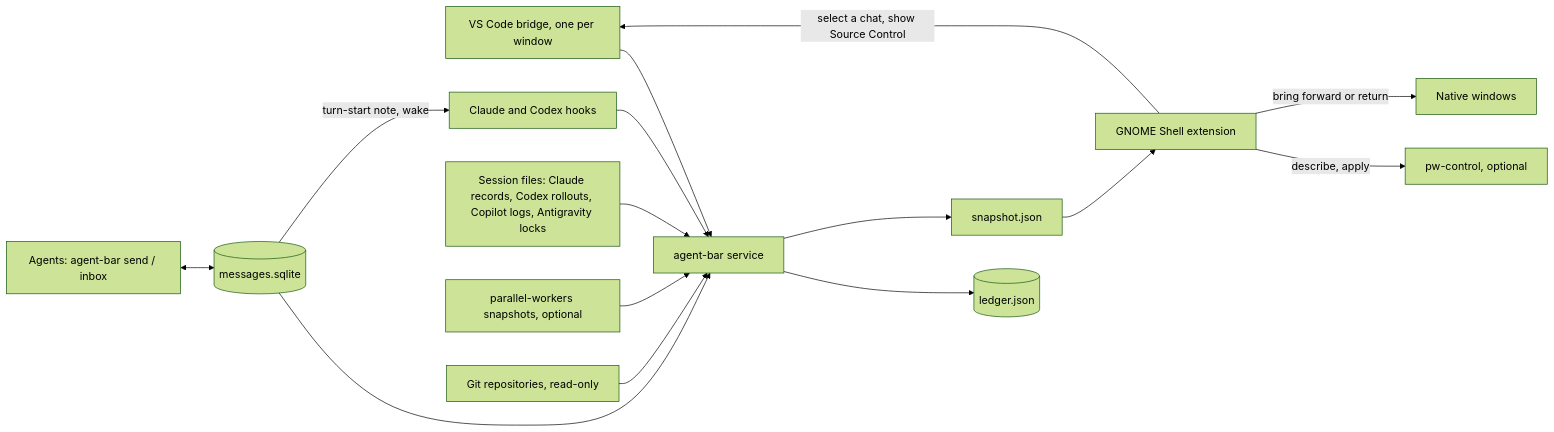
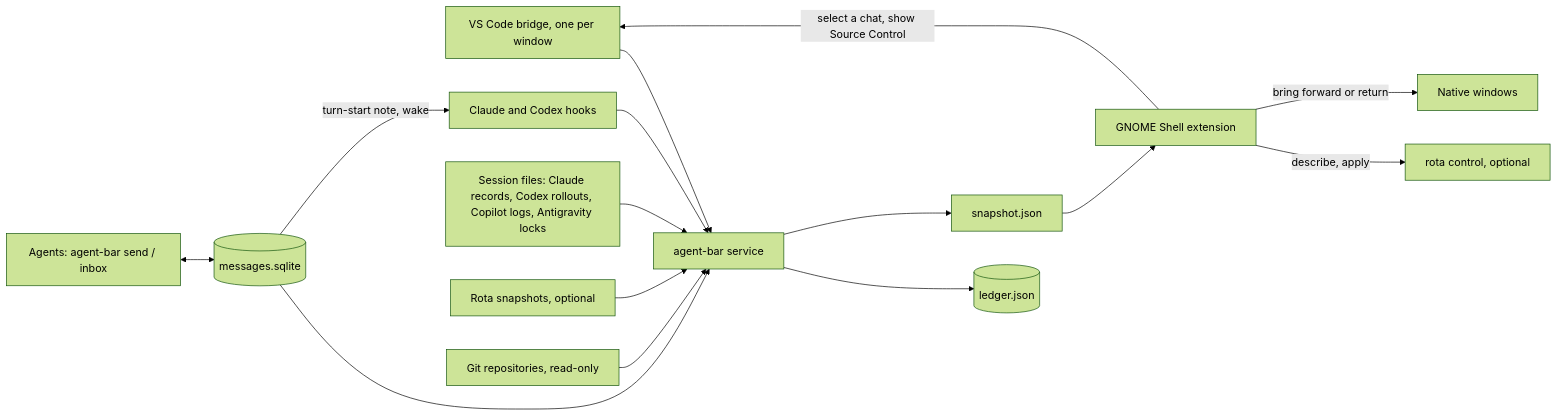
The diagram in docs/architecture.md (NikVetr/agent-bar), drawn with Mermaid (forest theme) before and after one commit. The commit also changed other lines of this file and 12 other files, not shown here.

````diff
--- a/docs/architecture.md
+++ b/docs/architecture.md
@@ -8,17 +8,17 @@
 ```mermaid
 flowchart LR
     V[VS Code bridge, one per window] --> S[agent-bar service]
     H[Claude and Codex hooks] --> S
     F[Session files: Claude records, Codex rollouts, Copilot logs, Antigravity locks] --> S
-    Q[parallel-workers snapshots, optional] --> S
-    G -->|describe, apply| C[pw-control, optional]
+    Q[Rota snapshots, optional] --> S
+    G -->|describe, apply| C[rota control, optional]
     R[Git repositories, read-only] --> S
     S --> L[(ledger.json)]
     S --> P[snapshot.json]
     P --> G[GNOME Shell extension]
     G -->|select a chat, show Source Control| V
     G -->|bring forward or return| W[Native windows]
     A[Agents: agent-bar send / inbox] <--> M[(messages.sqlite)]
     M --> S
     M -->|turn-start note, wake| H
 ```
````
